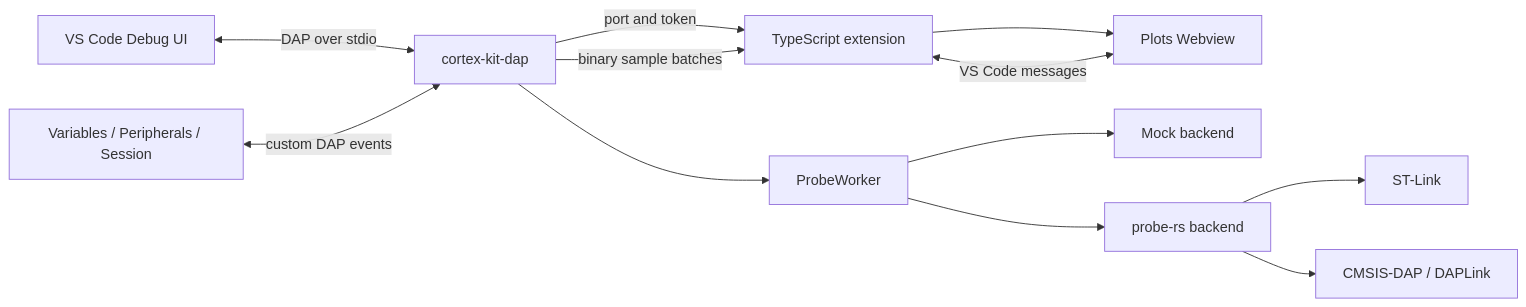
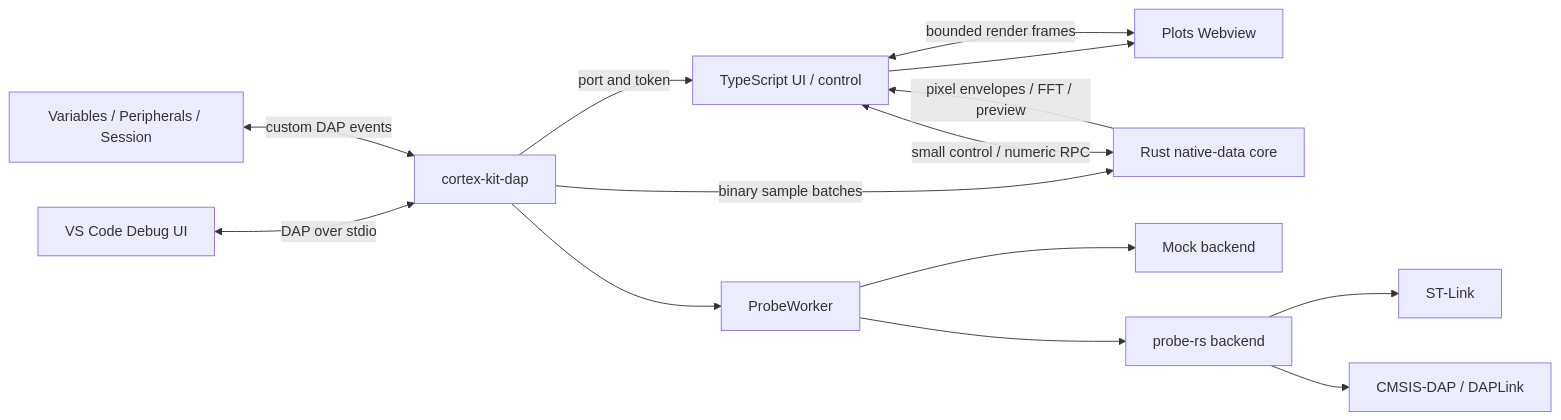
The diagram in docs/ARCHITECTURE.md (CosmosMount/cortex-kit), drawn with Mermaid before and after one commit. The commit also changed other lines of this file and 44 other files, not shown here.

````diff
--- a/docs/ARCHITECTURE.md
+++ b/docs/ARCHITECTURE.md
@@ -5,14 +5,16 @@
 ```mermaid
 flowchart LR
     VS[VS Code Debug UI] <-->|DAP over stdio| DAP[cortex-kit-dap]
     Trees[Variables / Peripherals / Session] <-->|custom DAP events| DAP
-    Plot[Plots Webview] <-->|VS Code messages| Ext[TypeScript extension]
+    Plot[Plots Webview] <-->|bounded render frames| Ext[TypeScript UI / control]
     DAP -->|port and token| Ext
-    DAP -->|binary sample batches| Ext
+    DAP -->|binary sample batches| Native[Rust native-data core]
+    Ext <-->|small control / numeric RPC| Native
+    Native -->|pixel envelopes / FFT / preview| Ext
     Ext --> Plot
     DAP --> Worker[ProbeWorker]
     Worker --> Mock[Mock backend]
     Worker --> Probe[probe-rs backend]
     Probe --> ST[ST-Link]
     Probe --> CMSIS[CMSIS-DAP / DAPLink]
 ```
````
